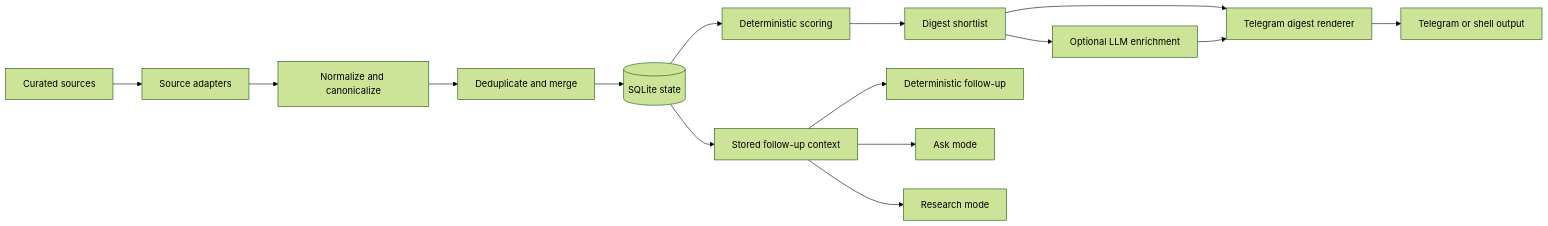
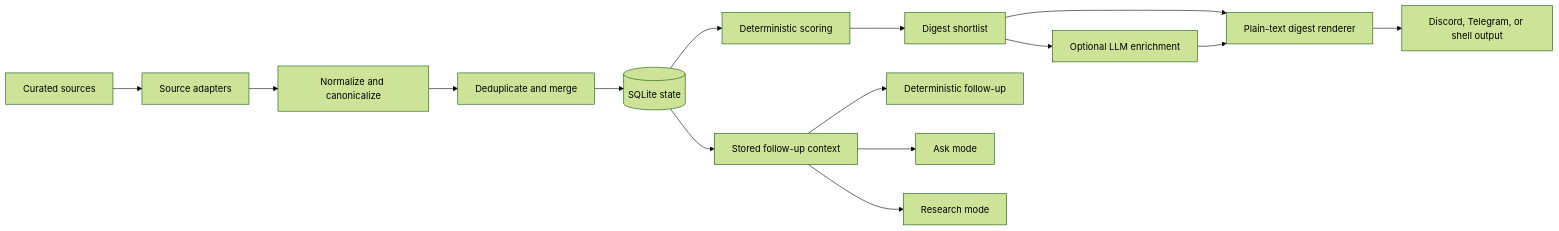
Before and after one commit to AstroHyo/opensec: the first of 2 diagrams in README.md, drawn with Mermaid (forest theme). The commit also changed other lines of this file and 40 other files, not shown here.

````diff
--- a/README.md
+++ b/README.md
@@ -41,17 +43,17 @@
 ```mermaid
 flowchart LR
     A["Curated sources"] --> B["Source adapters"]
     B --> C["Normalize and canonicalize"]
     C --> D["Deduplicate and merge"]
     D --> E[("SQLite state")]
     E --> F["Deterministic scoring"]
     F --> G["Digest shortlist"]
-    G --> H["Telegram digest renderer"]
+    G --> H["Plain-text digest renderer"]
     G --> I["Optional LLM enrichment"]
     I --> H
-    H --> J["Telegram or shell output"]
+    H --> J["Discord, Telegram, or shell output"]
     E --> K["Stored follow-up context"]
     K --> L["Deterministic follow-up"]
     K --> M["Ask mode"]
     K --> N["Research mode"]
 ```
````
